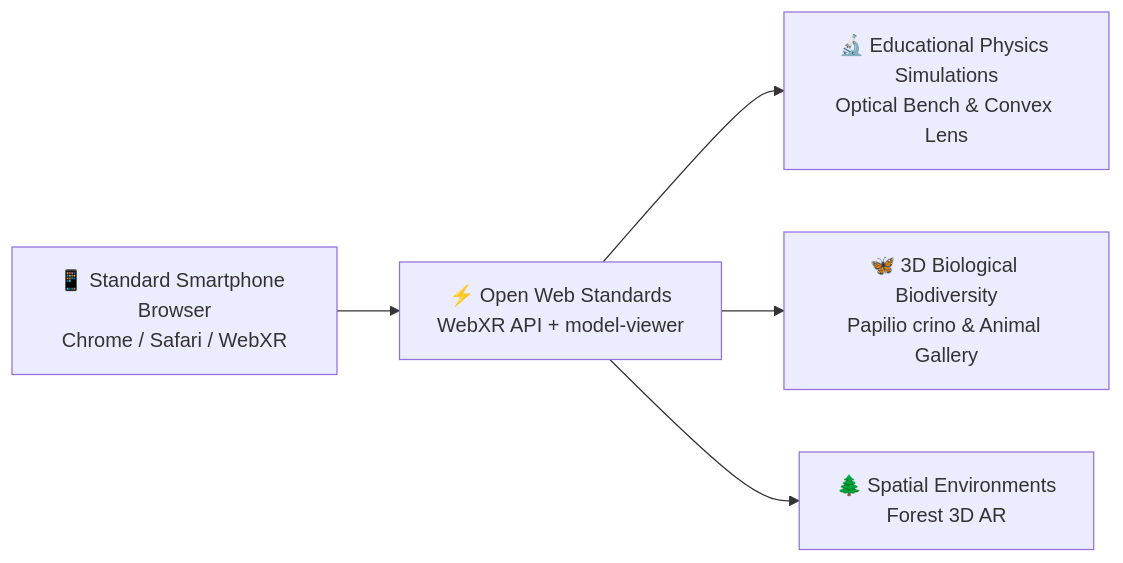
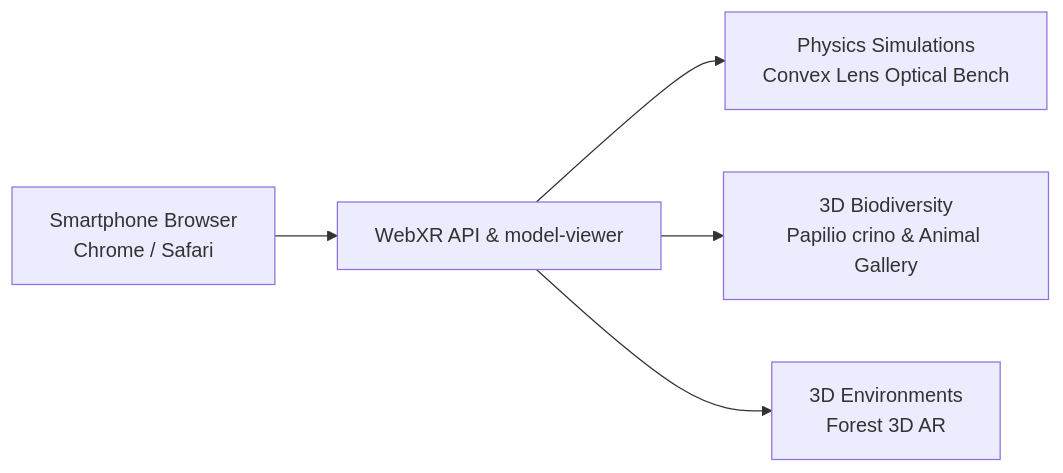
Before and after one commit to dhamodharankkp-oss/dhamodharan-kkp: the diagram in projects/ar-webxr-overview.md, drawn with Mermaid. The commit also changed other lines of this file and 10 other files, not shown here.

````diff
--- a/projects/ar-webxr-overview.md
+++ b/projects/ar-webxr-overview.md
@@ -12,7 +11,7 @@
 ```mermaid
 flowchart LR
-    A["📱 Standard Smartphone Browser<br>Chrome / Safari / WebXR"] --> B["⚡ Open Web Standards<br>WebXR API + model-viewer"]
-    B --> C1["🔬 Educational Physics Simulations<br>Optical Bench & Convex Lens"]
-    B --> C2["🦋 3D Biological Biodiversity<br>Papilio crino & Animal Gallery"]
-    B --> C3["🌲 Spatial Environments<br>Forest 3D AR"]
+    A["Smartphone Browser<br>Chrome / Safari"] --> B["WebXR API & model-viewer"]
+    B --> C1["Physics Simulations<br>Convex Lens Optical Bench"]
+    B --> C2["3D Biodiversity<br>Papilio crino & Animal Gallery"]
+    B --> C3["3D Environments<br>Forest 3D AR"]
 ```
````
